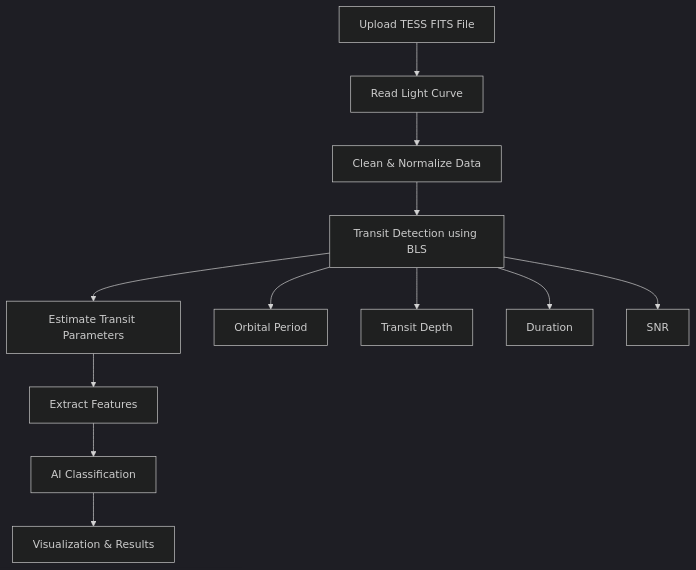
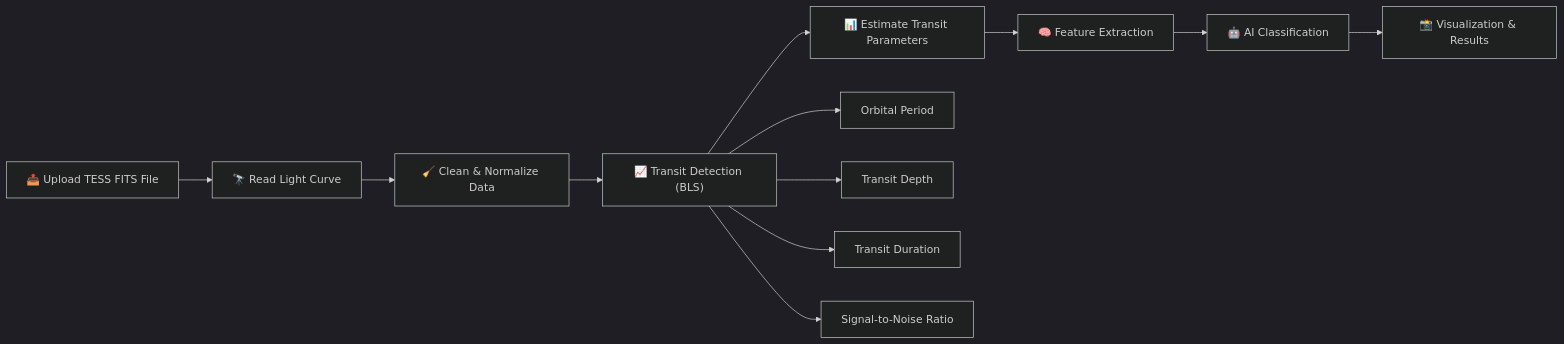
One commit to rawat4113/AI-Exoplanet-Transit-Detection changed the first of 4 diagrams in README.md. Above: the diagram before and after it, drawn with Mermaid (dark theme). The commit also changed other lines of this file, not shown here.

Commit message:
Redesign README with professional documentation and architecture diagrams

````diff
--- a/README.md
+++ b/README.md
@@ -44,15 +70,22 @@
 ```mermaid
-flowchart TD
-    A[Upload TESS FITS File] --> B[Read Light Curve]
-    B --> C[Clean & Normalize Data]
-    C --> D[Transit Detection using BLS]
-    D --> E[Estimate Transit Parameters]
-    E --> F[Extract Features]
-    F --> G[AI Classification]
-    G --> H[Visualization & Results]
+flowchart LR
+    A["📤 Upload TESS FITS File"]
+    --> B["🔭 Read Light Curve"]
 
-    D --> I[Orbital Period]
-    D --> J[Transit Depth]
-    D --> K[Duration]
-    D --> L[SNR]
+    B --> C["🧹 Clean & Normalize Data"]
+
+    C --> D["📈 Transit Detection (BLS)"]
+
+    D --> E["📊 Estimate Transit Parameters"]
+
+    E --> F["🧠 Feature Extraction"]
+
+    F --> G["🤖 AI Classification"]
+
+    G --> H["📸 Visualization & Results"]
+
+    D --> P["Orbital Period"]
+    D --> Q["Transit Depth"]
+    D --> R["Transit Duration"]
+    D --> S["Signal-to-Noise Ratio"]
 ```
````
